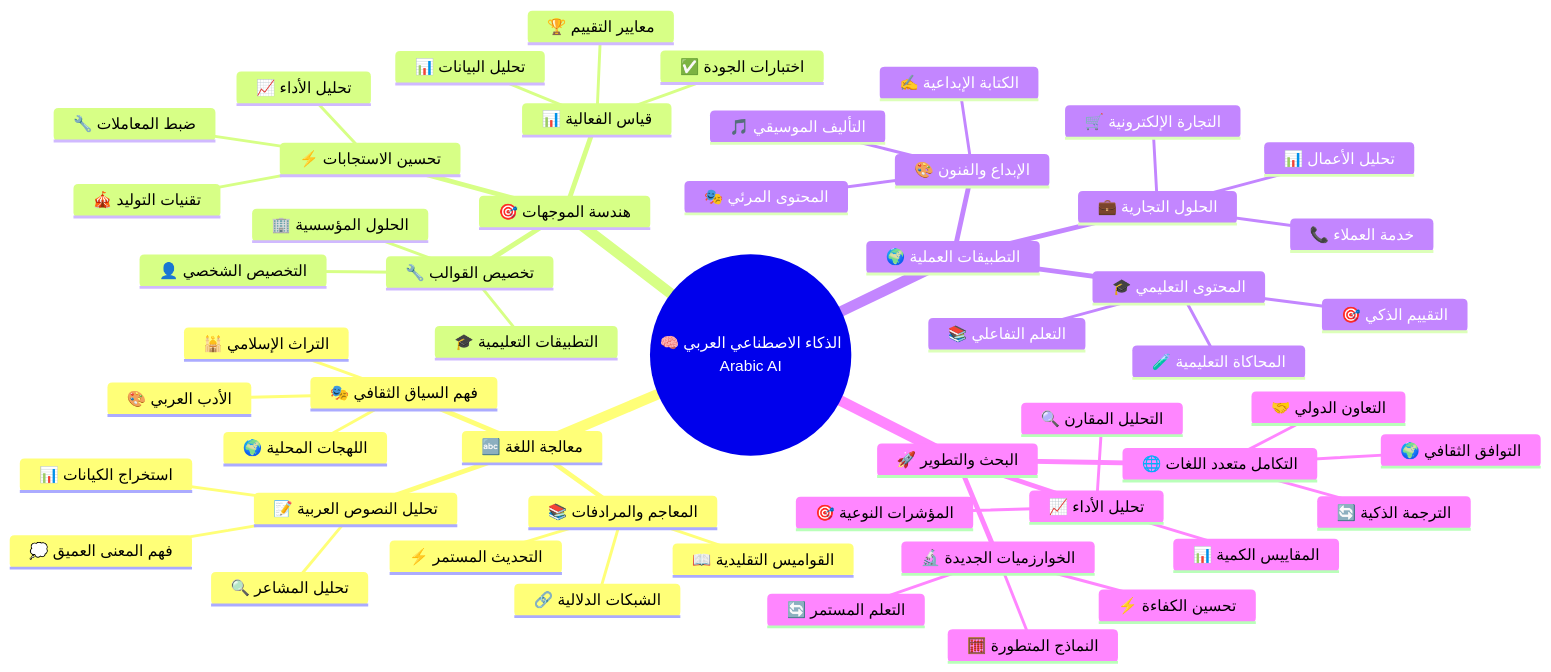
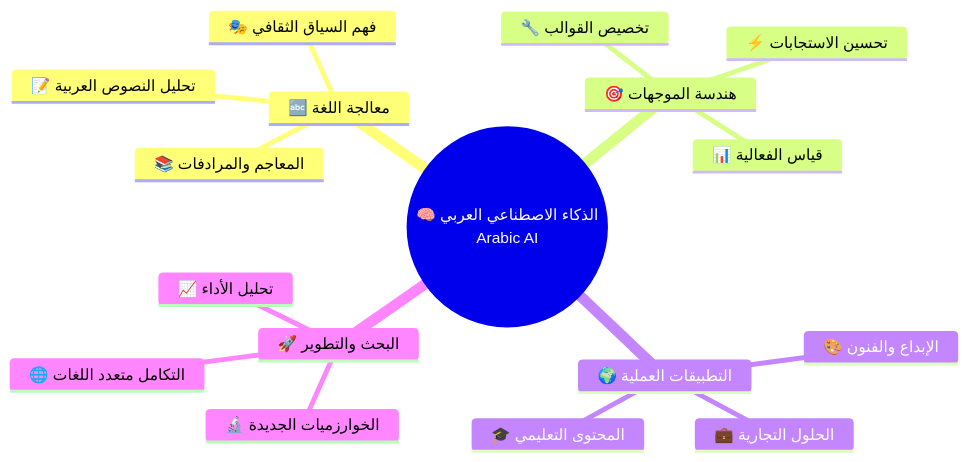
Before and after one commit to MarwanDevSpace/Marwan.dev: the second of 2 diagrams in README.md, drawn with Mermaid. The commit also changed other lines of this file, not shown here.

````diff
--- a/README.md
+++ b/README.md
@@ -518,56 +195,20 @@
 ```mermaid
 mindmap
   root((🧠 الذكاء الاصطناعي العربي<br/>Arabic AI))
     🔤 معالجة اللغة
       📝 تحليل النصوص العربية
-        💭 فهم المعنى العميق
-        🔍 تحليل المشاعر
-        📊 استخراج الكيانات
       🎭 فهم السياق الثقافي
-        🕌 التراث الإسلامي
-        🎨 الأدب العربي
-        🌍 اللهجات المحلية
       📚 المعاجم والمرادفات
-        📖 القواميس التقليدية
-        🔗 الشبكات الدلالية
-        ⚡ التحديث المستمر
     🎯 هندسة الموجهات
       ⚡ تحسين الاستجابات
-        🎪 تقنيات التوليد
-        🔧 ضبط المعاملات
-        📈 تحليل الأداء
       🔧 تخصيص القوالب
-        👤 التخصيص الشخصي
-        🏢 الحلول المؤسسية
-        🎓 التطبيقات التعليمية
       📊 قياس الفعالية
-        ✅ اختبارات الجودة
-        📊 تحليل البيانات
-        🏆 معايير التقييم
     🌍 التطبيقات العملية
       💼 الحلول التجارية
-        🛒 التجارة الإلكترونية
-        📞 خدمة العملاء
-        📊 تحليل الأعمال
       🎓 المحتوى التعليمي
-        📚 التعلم التفاعلي
-        🧪 المحاكاة التعليمية
-        🎯 التقييم الذكي
       🎨 الإبداع والفنون
-        ✍️ الكتابة الإبداعية
-        🎭 المحتوى المرئي
-        🎵 التأليف الموسيقي
     🚀 البحث والتطوير
       🔬 الخوارزميات الجديدة
-        🧮 النماذج المتطورة
-        ⚡ تحسين الكفاءة
-        🔄 التعلم المستمر
       📈 تحليل الأداء
-        📊 المقاييس الكمية
-        🎯 المؤشرات النوعية
-        🔍 التحليل المقارن
       🌐 التكامل متعدد اللغات
-        🔄 الترجمة الذكية
-        🌍 التوافق الثقافي
-        🤝 التعاون الدولي
 ```
````
